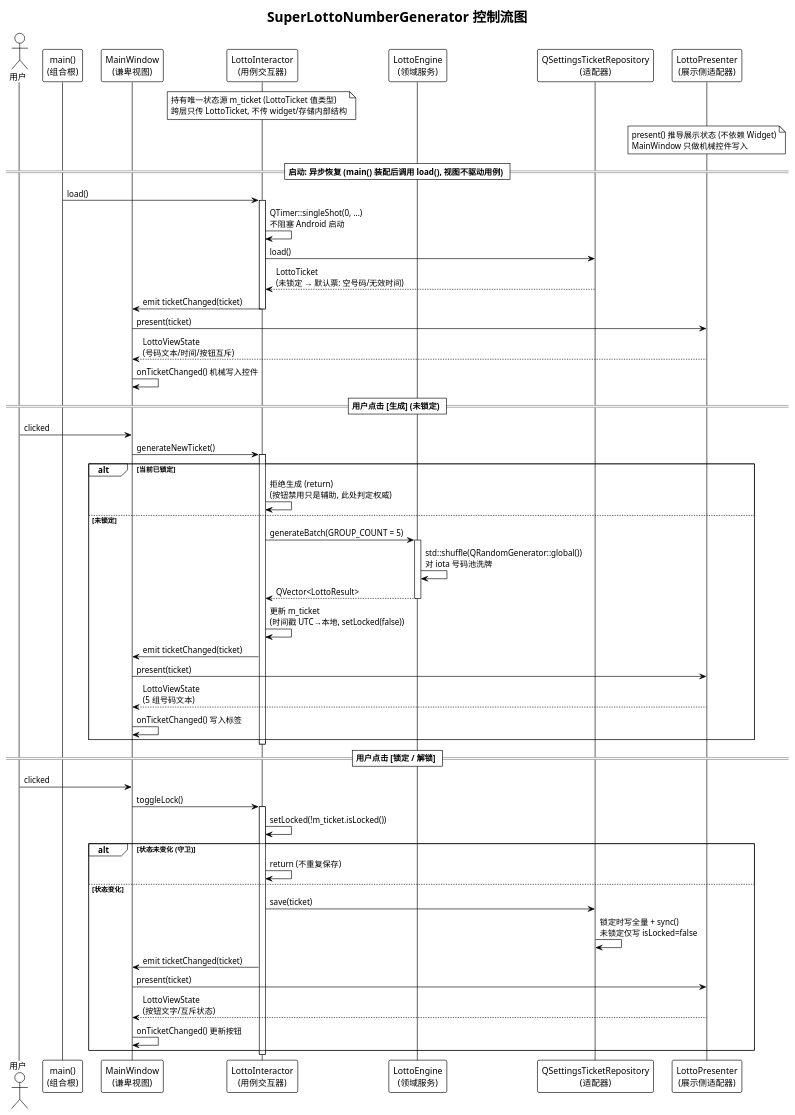
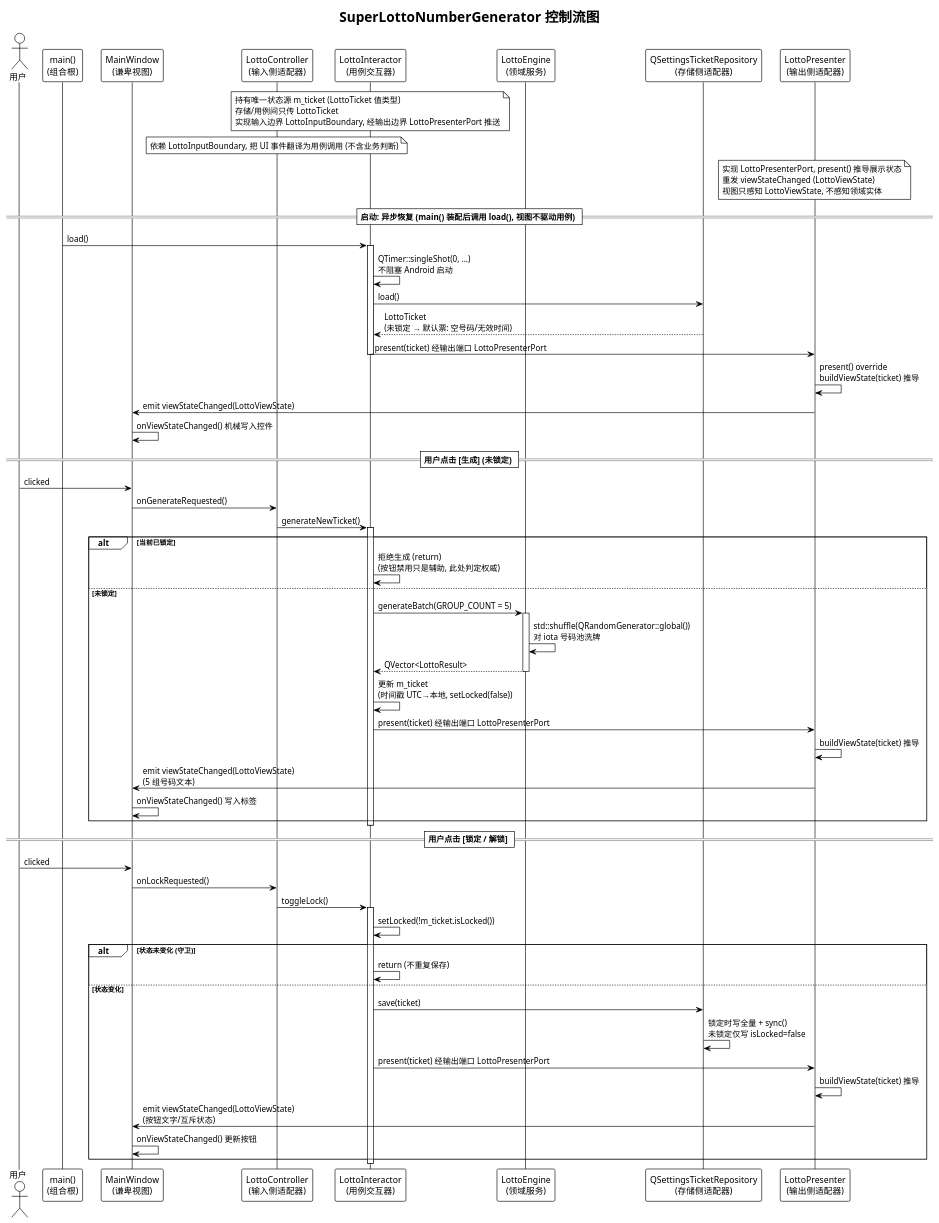
One commit to weiiiyan/SuperLottoNumberGenerator changed the diagram in doc/control-flow.puml. Above: the diagram before and after it, drawn with PlantUML. The commit also changed 26 other files, not shown here.

Commit message:
适配器层收口：新增 LottoController/LottoPresenter 及用例层输入/输出边界端口

```diff
--- a/doc/control-flow.puml
+++ b/doc/control-flow.puml
@@ -1,71 +1,75 @@
 @startuml control-flow
 !theme plain
 ' 控制流图: 启动恢复 / 生成号码 / 锁定切换
 ' 渲染: 可用 VS Code PlantUML 插件, 或上传 kroki.io / plantuml.com 在线渲染
 
 title SuperLottoNumberGenerator 控制流图
 
 actor 用户 as U
 participant "main()\n(组合根)" as Main
 participant "MainWindow\n(谦卑视图)" as MW
+participant "LottoController\n(输入侧适配器)" as Ctrl
 participant "LottoInteractor\n(用例交互器)" as C
 participant "LottoEngine\n(领域服务)" as E
-participant "QSettingsTicketRepository\n(适配器)" as R
-participant "LottoPresenter\n(展示侧适配器)" as P
+participant "QSettingsTicketRepository\n(存储侧适配器)" as R
+participant "LottoPresenter\n(输出侧适配器)" as P
 
-note over C : 持有唯一状态源 m_ticket (LottoTicket 值类型)\n跨层只传 LottoTicket, 不传 widget/存储内部结构
-note over P : present() 推导展示状态 (不依赖 Widget)\nMainWindow 只做机械控件写入
+note over C : 持有唯一状态源 m_ticket (LottoTicket 值类型)\n存储/用例间只传 LottoTicket\n实现输入边界 LottoInputBoundary, 经输出边界 LottoPresenterPort 推送
+note over Ctrl : 依赖 LottoInputBoundary, 把 UI 事件翻译为用例调用 (不含业务判断)
+note over P : 实现 LottoPresenterPort, present() 推导展示状态\n重发 viewStateChanged (LottoViewState)\n视图只感知 LottoViewState, 不感知领域实体
 
 == 启动: 异步恢复 (main() 装配后调用 load(), 视图不驱动用例) ==
 
 Main -> C : load()
 activate C
 C -> C : QTimer::singleShot(0, ...)\n不阻塞 Android 启动
 C -> R : load()
 R --> C : LottoTicket\n(未锁定 → 默认票: 空号码/无效时间)
-C -> MW : emit ticketChanged(ticket)
+C -> P : present(ticket) 经输出端口 LottoPresenterPort
 deactivate C
-MW -> P : present(ticket)
-P --> MW : LottoViewState\n(号码文本/时间/按钮互斥)
-MW -> MW : onTicketChanged() 机械写入控件
+P -> P : present() override\nbuildViewState(ticket) 推导
+P -> MW : emit viewStateChanged(LottoViewState)
+MW -> MW : onViewStateChanged() 机械写入控件
 
 == 用户点击 [生成] (未锁定) ==
 
 U -> MW : clicked
-MW -> C : generateNewTicket()
+MW -> Ctrl : onGenerateRequested()
+Ctrl -> C : generateNewTicket()
 activate C
 alt 当前已锁定
     C -> C : 拒绝生成 (return)\n(按钮禁用只是辅助, 此处判定权威)
 else 未锁定
     C -> E : generateBatch(GROUP_COUNT = 5)
     activate E
     E -> E : std::shuffle(QRandomGenerator::global())\n对 iota 号码池洗牌
     E --> C : QVector<LottoResult>
     deactivate E
     C -> C : 更新 m_ticket\n(时间戳 UTC→本地, setLocked(false))
-    C -> MW : emit ticketChanged(ticket)
-    MW -> P : present(ticket)
-    P --> MW : LottoViewState\n(5 组号码文本)
-    MW -> MW : onTicketChanged() 写入标签
+    C -> P : present(ticket) 经输出端口 LottoPresenterPort
+    P -> P : buildViewState(ticket) 推导
+    P -> MW : emit viewStateChanged(LottoViewState)\n(5 组号码文本)
+    MW -> MW : onViewStateChanged() 写入标签
 end
 deactivate C
 
 == 用户点击 [锁定 / 解锁] ==
 
 U -> MW : clicked
-MW -> C : toggleLock()
+MW -> Ctrl : onLockRequested()
+Ctrl -> C : toggleLock()
 activate C
 C -> C : setLocked(!m_ticket.isLocked())
 alt 状态未变化 (守卫)
     C -> C : return (不重复保存)
 else 状态变化
     C -> R : save(ticket)
     R -> R : 锁定时写全量 + sync()\n未锁定仅写 isLocked=false
-    C -> MW : emit ticketChanged(ticket)
-    MW -> P : present(ticket)
-    P --> MW : LottoViewState\n(按钮文字/互斥状态)
-    MW -> MW : onTicketChanged() 更新按钮
+    C -> P : present(ticket) 经输出端口 LottoPresenterPort
+    P -> P : buildViewState(ticket) 推导
+    P -> MW : emit viewStateChanged(LottoViewState)\n(按钮文字/互斥状态)
+    MW -> MW : onViewStateChanged() 更新按钮
 end
 deactivate C
 
 @enduml
```
